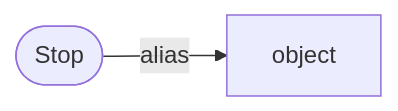
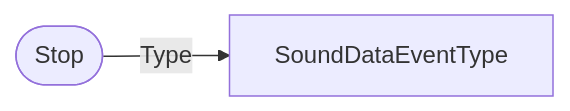
Before and after one commit to bedrock-v/protocol-docs: the diagram in schemas/types/Stop.md, drawn with Mermaid. The commit also changed other lines of this file and 73 other files, not shown here.

````diff
--- a/schemas/types/Stop.md
+++ b/schemas/types/Stop.md
@@ -5,4 +5,5 @@
 ```mermaid
 flowchart LR
-  ROOT(["Stop"]) -->|alias| object["object"]
+  ROOT(["Stop"])
+  ROOT -->|"Type"| SoundDataEventType["SoundDataEventType"]
 ```
````
